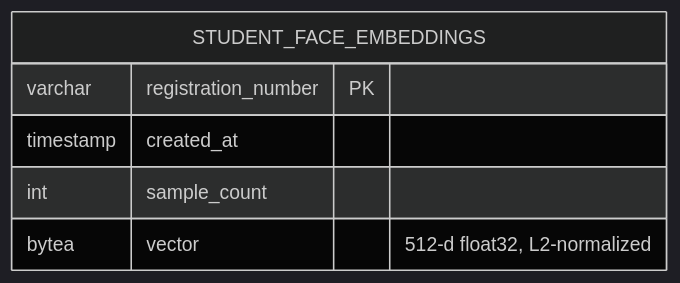
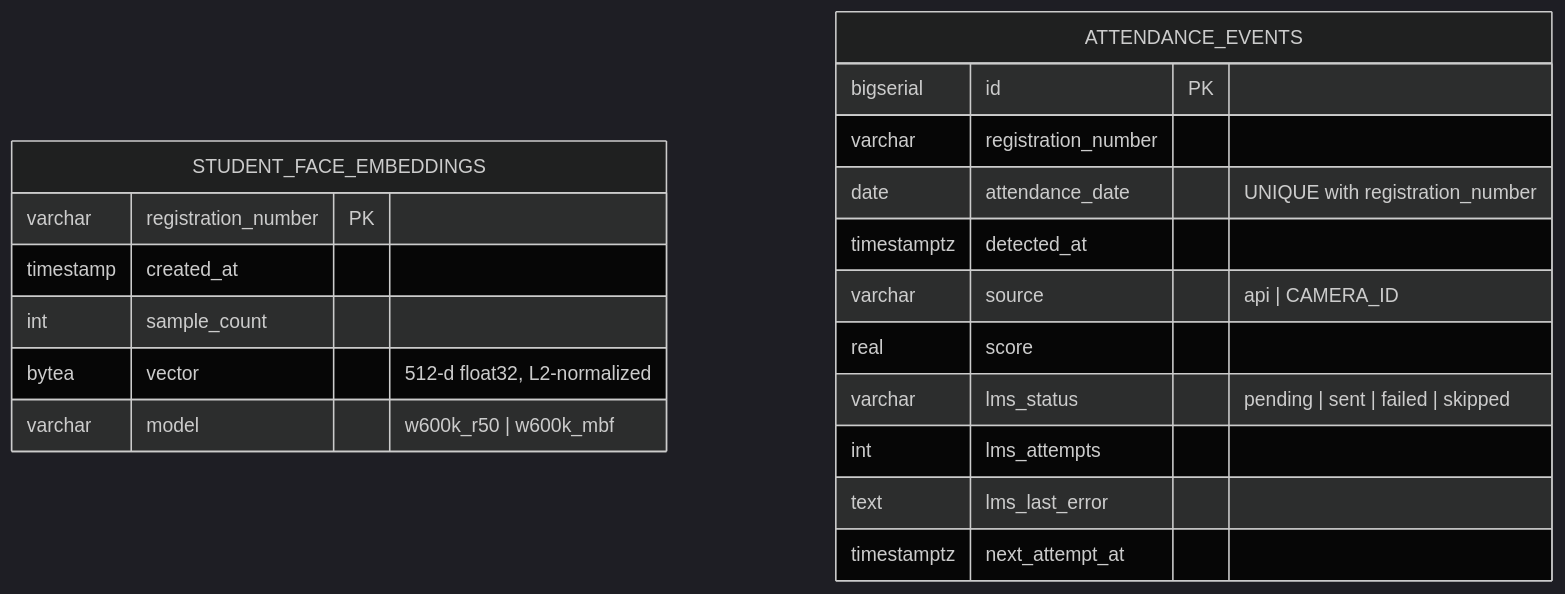
The fourth of 4 diagrams in README.md (AI-SATA-Technologies/AI-Pipeline-Engineer), drawn with Mermaid (dark theme) before and after one commit. The commit also changed other lines of this file and 34 other files, not shown here.

````diff
--- a/README.md
+++ b/README.md
@@ -228,9 +247,22 @@
 ```mermaid
 erDiagram
     STUDENT_FACE_EMBEDDINGS {
         varchar   registration_number PK
         timestamp created_at
         int       sample_count
         bytea     vector "512-d float32, L2-normalized"
+        varchar   model  "w600k_r50 | w600k_mbf"
+    }
+    ATTENDANCE_EVENTS {
+        bigserial   id PK
+        varchar     registration_number
+        date        attendance_date "UNIQUE with registration_number"
+        timestamptz detected_at
+        varchar     source "api | CAMERA_ID"
+        real        score
+        varchar     lms_status "pending | sent | failed | skipped"
+        int         lms_attempts
+        text        lms_last_error
+        timestamptz next_attempt_at
     }
 ```
````
